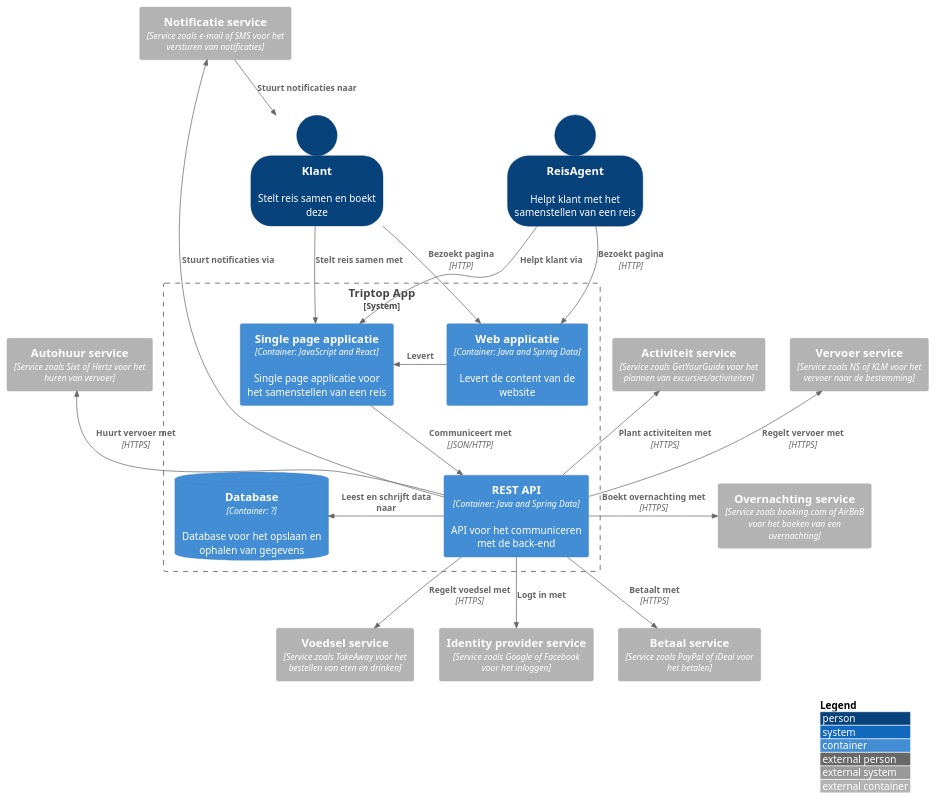
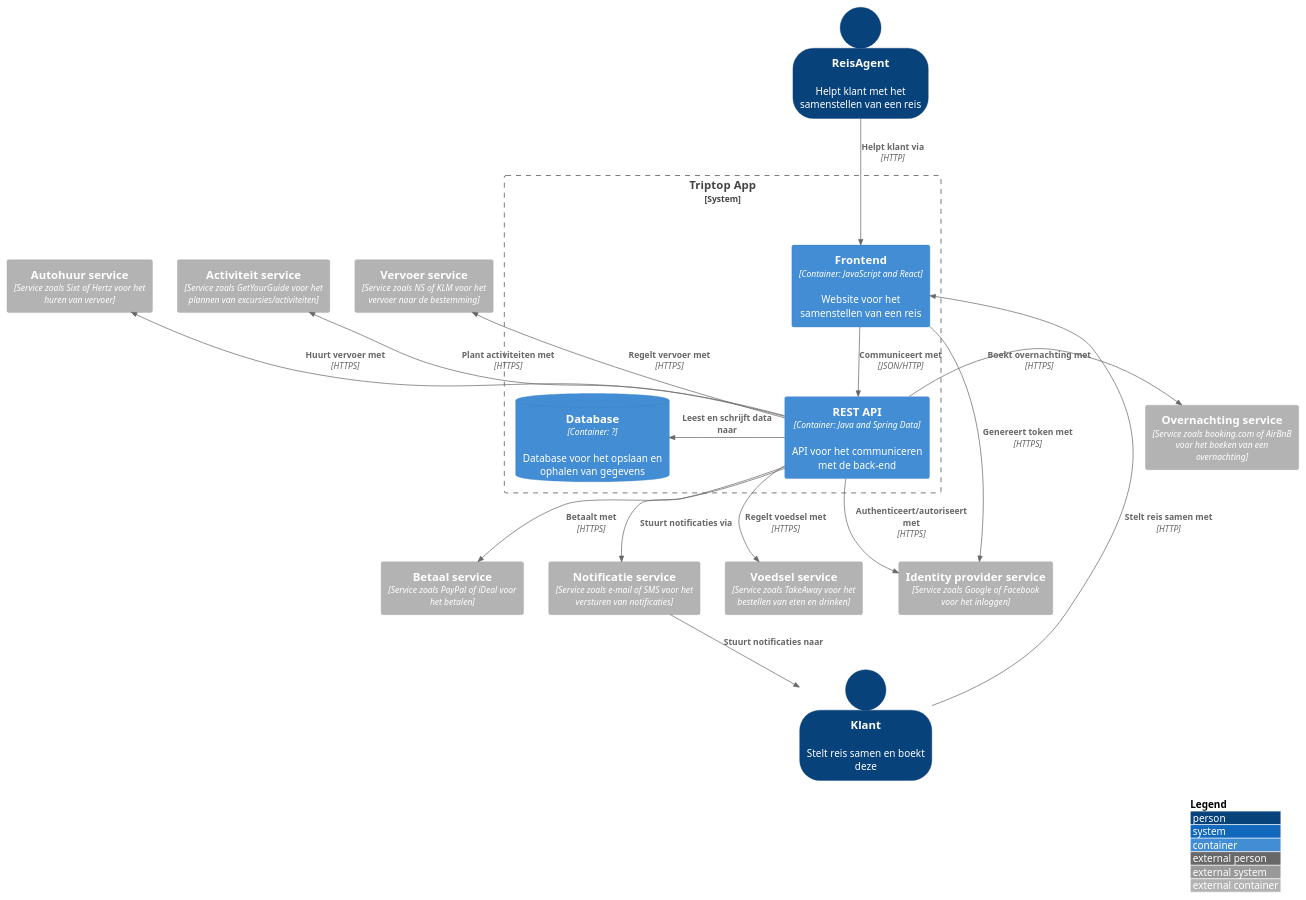
Before and after one commit to AIM-ENE-feb25/triptop-de-broederbond-fgs: the diagram in groeps-uitwerkingen/week1/diagrammen/container/container-diagram.puml, drawn with PlantUML. The commit also changed 2 other files, not shown here.

Commit message:
container diagram tekst bijgewerkt

```diff
--- a/groeps-uitwerkingen/week1/diagrammen/container/container-diagram.puml
+++ b/groeps-uitwerkingen/week1/diagrammen/container/container-diagram.puml
@@ -1,51 +1,48 @@
 @startuml
 
 !include https://raw.githubusercontent.com/plantuml-stdlib/C4-PlantUML/master/C4_Container.puml
 
 SHOW_PERSON_OUTLINE()
 LAYOUT_WITH_LEGEND()
 
 Person(klant, "Klant", "Stelt reis samen en boekt deze")
 Person(reisAgent, "ReisAgent", "Helpt klant met het samenstellen van een reis")
 
 System_Boundary(tripTopApp, "Triptop App") {
-Container(webApp, "Web applicatie", "Container: Java and Spring Data", "Levert de content van de website")
-Container(singlePageApp, "Single page applicatie", "Container: JavaScript and React", "Single page applicatie voor het samenstellen van een reis")
+Container(frontend, "Frontend", "Container: JavaScript and React", "Website voor het samenstellen van een reis")
 Container(restAPI, "REST API", "Container: Java and Spring Data", "API voor het communiceren met de back-end")
 ContainerDb(database, "Database", "Container: ?", "Database voor het opslaan en ophalen van gegevens")
 }
 
 Container_Ext(overnachtingService, "Overnachting service", "Service zoals booking.com of AirBnB voor het boeken van een overnachting")
 Container_Ext(vervoerService, "Vervoer service", "Service zoals NS of KLM voor het vervoer naar de bestemming")
 Container_Ext(activiteitService, "Activiteit service", "Service zoals GetYourGuide voor het plannen van excursies/activiteiten")
 Container_Ext(autohuurService, "Autohuur service", "Service zoals Sixt of Hertz voor het huren van vervoer")
 Container_Ext(voedselService, "Voedsel service", "Service zoals TakeAway voor het bestellen van eten en drinken")
 Container_Ext(identityProviderService, "Identity provider", "Service zoals Google of Facebook voor het inloggen")
 Container_Ext(paymentService, "Betaal service", "Service zoals PayPal of iDeal voor het betalen")
 Container_Ext(noticationService, "Notificatie service", "Service zoals e-mail of SMS voor het versturen van notificaties")
 Container_Ext(identityProviderService, "Identity provider service", "Service zoals Google of Facebook voor het inloggen")
 
 ' Klant relaties
-Rel(klant, webApp, "Bezoekt pagina", "HTTP")
-Rel(klant, singlePageApp, "Stelt reis samen met")
+Rel(klant, frontend, "Stelt reis samen met", "HTTP")
 Rel(noticationService, klant, "Stuurt notificaties naar")
 
 ' ReisAgent relaties
-Rel(reisAgent, webApp, "Bezoekt pagina", "HTTP")
-Rel(reisAgent, singlePageApp, "Helpt klant via")
+Rel(reisAgent, frontend, "Helpt klant via", "HTTP")
 
 ' Triptop relaties
-Rel_R(webApp, singlePageApp, "Levert")
-Rel(singlePageApp, restAPI, "Communiceert met", "JSON/HTTP")
+Rel(frontend, restAPI, "Communiceert met", "JSON/HTTP")
+Rel(frontend, identityProviderService, "Genereert token met", "HTTPS")
 Rel_L(restAPI, database, "Leest en schrijft data naar")
 
 'API relaties
 Rel_R(restAPI, overnachtingService, "Boekt overnachting met", "HTTPS")
 Rel_U(restAPI, vervoerService, "Regelt vervoer met", "HTTPS")
 Rel_U(restAPI, activiteitService, "Plant activiteiten met", "HTTPS")
 Rel_U(restAPI, autohuurService, "Huurt vervoer met", "HTTPS")
 Rel(restAPI, voedselService, "Regelt voedsel met", "HTTPS")
-Rel(restAPI, identityProviderService, "Logt in met")
+Rel(restAPI, identityProviderService, "Authenticeert/autoriseert met", "HTTPS")
 Rel(restAPI, paymentService, "Betaalt met", "HTTPS")
 Rel(restAPI, noticationService, "Stuurt notificaties via")
 @enduml
```
